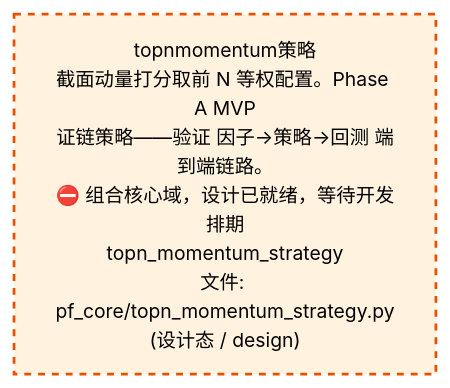
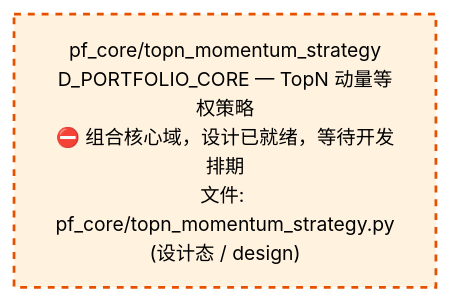
Before and after one commit to xuanFelixVan/ZephyrAlpha: the third of 4 diagrams in docs/02_enterprise_architecture/02_domain_architecture_docs/63_d_pf_core.md, drawn with Mermaid. The commit also changed other lines of this file and 50 other files, not shown here.

````diff
--- a/docs/02_enterprise_architecture/02_domain_architecture_docs/63_d_pf_core.md
+++ b/docs/02_enterprise_architecture/02_domain_architecture_docs/63_d_pf_core.md
@@ -199,10 +199,10 @@
 ```mermaid
 %%{init: {'theme': 'base', 'themeVariables': {'primaryColor': '#eaeaea', 'primaryTextColor': '#333333', 'primaryBorderColor': '#666666', 'lineColor': '#666666', 'secondaryColor': '#eaeaea', 'tertiaryColor': '#eaeaea', 'fontSize': '14px'}}}%%
 flowchart TD
-    src_zephyr_pf_core_topn_momentum_strategy_py["topnmomentum策略<br/>截面动量打分取前 N 等权配置。Phase A MVP<br/>证链策略——验证 因子→策略→回测 端到端链路。<br/>⛔ 组合核心域，设计已就绪，等待开发排期<br/>topn_momentum_strategy<br/>文件: pf_core/topn_momentum_strategy.py<br/>(设计态 / design)"]
+    src_zephyr_pf_core_topn_momentum_strategy_py["pf_core/topn_momentum_strategy<br/>D_PORTFOLIO_CORE — TopN 动量等权策略<br/>⛔ 组合核心域，设计已就绪，等待开发排期<br/>文件: pf_core/topn_momentum_strategy.py<br/>(设计态 / design)"]
     classDef production fill:#e1f5fe,stroke:#01579b,stroke-width:2px,color:#000
     classDef design fill:#fff3e0,stroke:#e65100,stroke-width:2px,color:#000,stroke-dasharray: 5 5
     classDef external_prod fill:#e8f4fd,stroke:#0277bd,stroke-width:1px,color:#000
     classDef external_design fill:#fff8e7,stroke:#ef6c00,stroke-width:1px,color:#000,stroke-dasharray: 5 5
     class src_zephyr_pf_core_topn_momentum_strategy_py design
 ```
````
